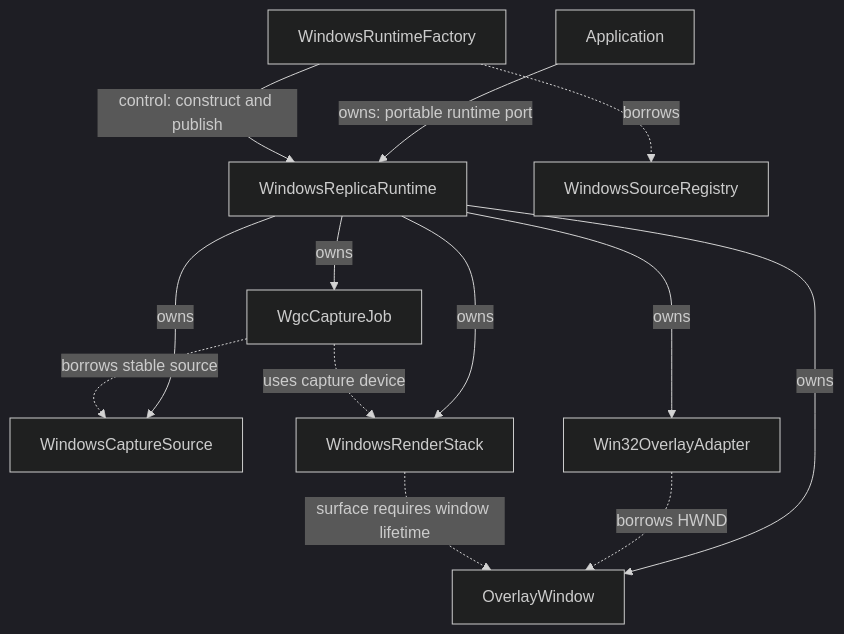
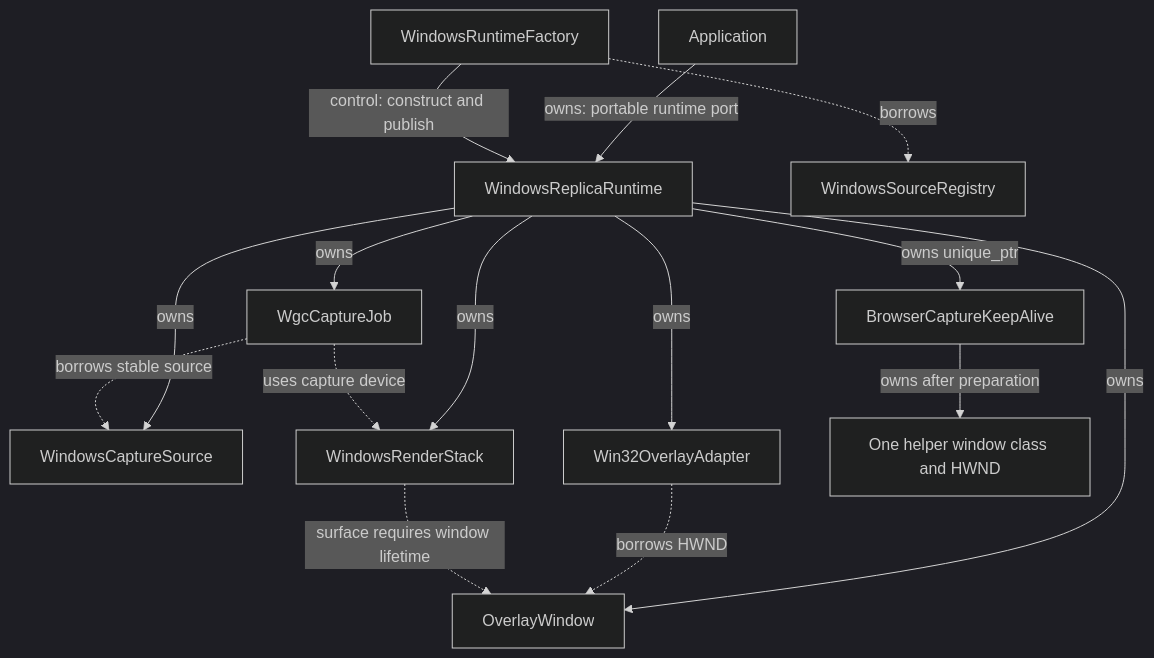
The first of 7 diagrams in docs/architecture/windows-runtime-overlay.md (Mes0903/avb0795), drawn with Mermaid (dark theme) before and after one commit. The commit also changed other lines of this file and 24 other files, not shown here.

Commit message:
feat: add experimental browser capture keep-alive

````diff
--- a/docs/architecture/windows-runtime-overlay.md
+++ b/docs/architecture/windows-runtime-overlay.md
@@ -11,15 +11,17 @@
 ```mermaid
 flowchart TD
     Application[Application] -->|owns: portable runtime port| Runtime[WindowsReplicaRuntime]
     Factory[WindowsRuntimeFactory] -->|control: construct and publish| Runtime
     Factory -.->|borrows| Registry[WindowsSourceRegistry]
     Runtime -->|owns| Source[WindowsCaptureSource]
     Runtime -->|owns| Overlay[OverlayWindow]
     Runtime -->|owns| Adapter[Win32OverlayAdapter]
     Runtime -->|owns| Render[WindowsRenderStack]
     Runtime -->|owns| Job[WgcCaptureJob]
+    Runtime -->|owns unique_ptr| Helper[BrowserCaptureKeepAlive]
+    Helper -->|owns after preparation| HelperWindow[One helper window class and HWND]
     Adapter -.->|borrows HWND| Overlay
     Render -.->|surface requires window lifetime| Overlay
     Job -.->|borrows stable source| Source
     Job -.->|uses capture device| Render
 ```
````
